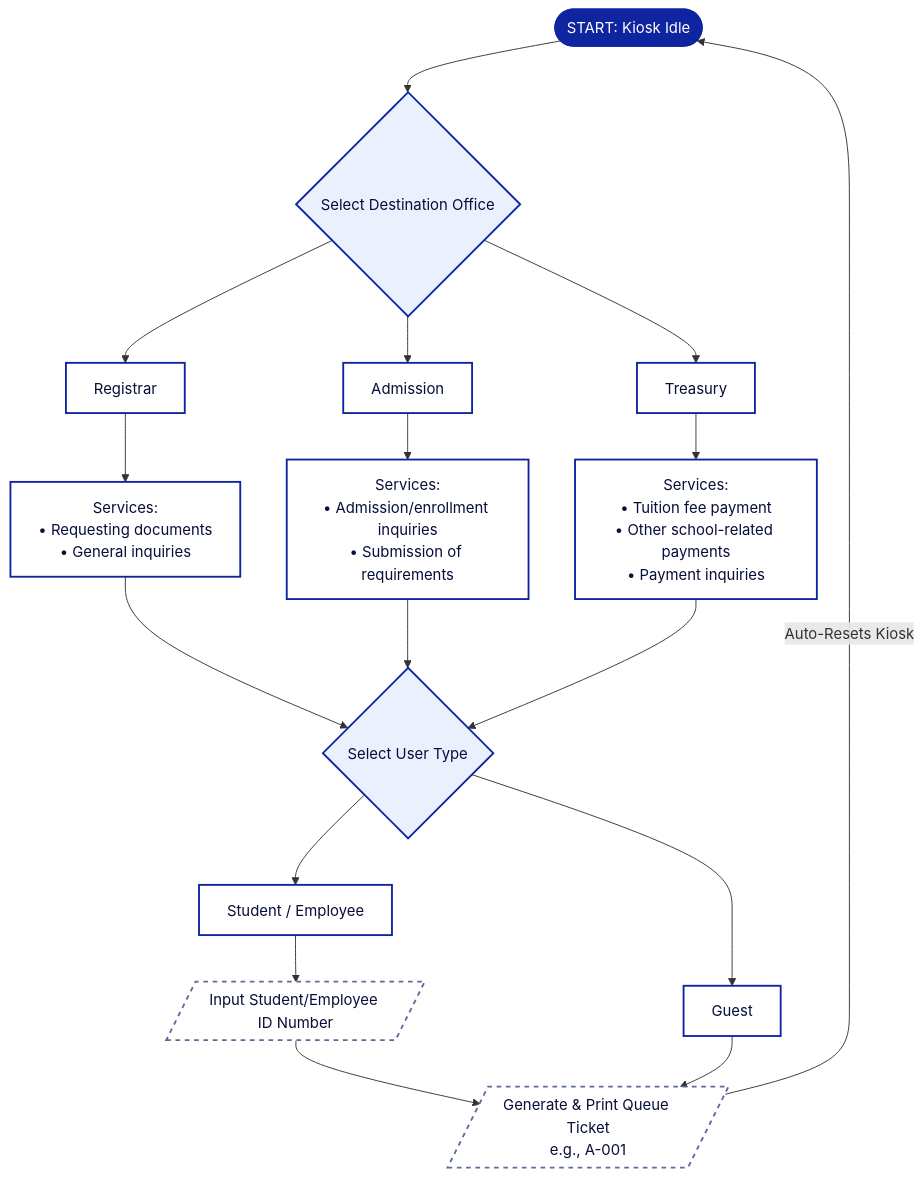
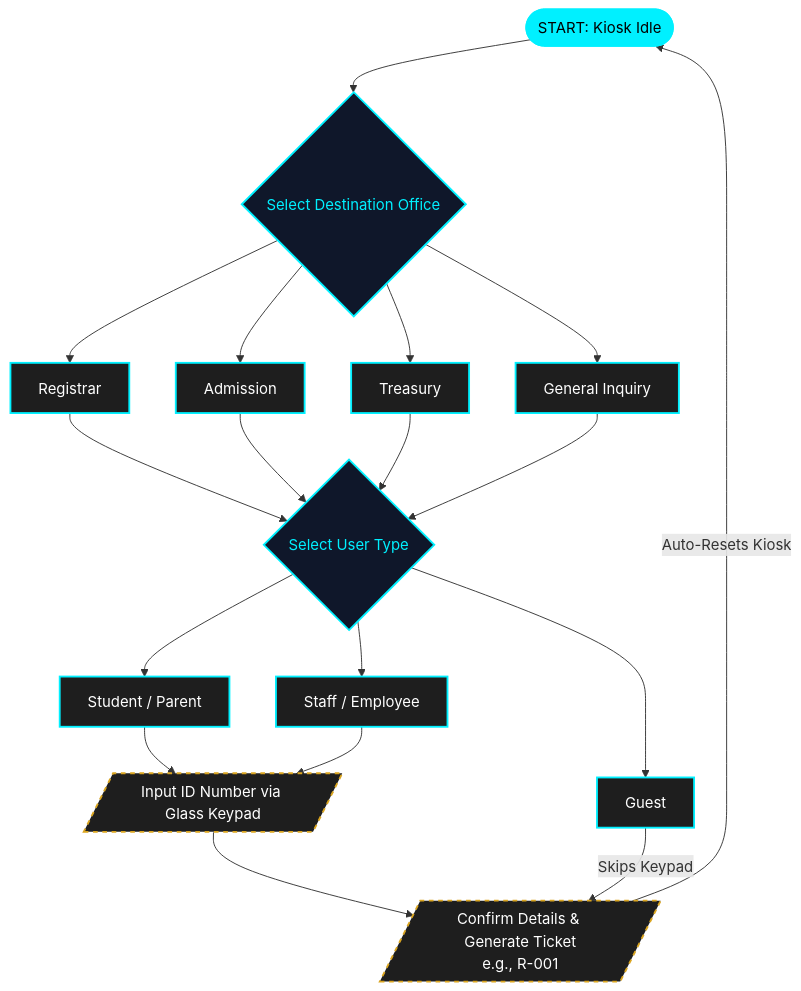
One commit to cymriccc/qhop-management-system changed the first of 2 diagrams in README.md. Above: the diagram before and after it, drawn with Mermaid. The commit also changed other lines of this file, not shown here.

````diff
--- a/README.md
+++ b/README.md
@@ -51,59 +61,56 @@
 ```mermaid
 flowchart TD
     %% Custom UI Color Palette Styling
-    classDef default fill:#FFFFFF,stroke:#0F25A0,stroke-width:2px,color:#070E38
-    classDef startEnd fill:#0F25A0,stroke:#0F25A0,stroke-width:2px,color:#FFFFFF
-    classDef decision fill:#EBF0FF,stroke:#0F25A0,stroke-width:2px,color:#070E38
-    classDef input fill:#FFFFFF,stroke:#5A6B9C,stroke-width:2px,stroke-dasharray: 5 5,color:#070E38
+    classDef default fill:#1E1E1E,stroke:#00F0FF,stroke-width:2px,color:#FFFFFF
+    classDef startEnd fill:#00F0FF,stroke:#00F0FF,stroke-width:2px,color:#000000
+    classDef decision fill:#0F172A,stroke:#00F0FF,stroke-width:2px,color:#00F0FF
+    classDef input fill:#1E1E1E,stroke:#DAA520,stroke-width:2px,stroke-dasharray: 5 5,color:#FFFFFF
     
     Start([START: Kiosk Idle]):::startEnd
     
     %% Main Menu
     Menu{Select Destination Office}:::decision
     Start --> Menu
     
     %% Offices
     Reg[Registrar]
     Adm[Admission]
     Treas[Treasury]
+    GenInq[General Inquiry]
     
     Menu --> Reg
     Menu --> Adm
     Menu --> Treas
+    Menu --> GenInq
     
-    %% Specific Services based on PDF Scope
-    RegServ[Services:<br>• Requesting documents<br>• General inquiries]
-    AdmServ[Services:<br>• Admission/enrollment inquiries<br>• Submission of requirements]
-    TreasServ[Services:<br>• Tuition fee payment<br>• Other school-related payments<br>• Payment inquiries]
-    
-    Reg --> RegServ
-    Adm --> AdmServ
-    Treas --> TreasServ
-    
-    %% Merging to User Type (Fixing the redundant columns)
+    %% Merging to User Type
     UserType{Select User Type}:::decision
     
-    RegServ --> UserType
-    AdmServ --> UserType
-    TreasServ --> UserType
+    Reg --> UserType
+    Adm --> UserType
+    Treas --> UserType
+    GenInq --> UserType
     
     %% User Category Logic
-    StudEmp[Student / Employee]
+    StudPar[Student / Parent]
+    StaffEmp[Staff / Employee]
     Guest[Guest]
     
-    UserType --> StudEmp
+    UserType --> StudPar
+    UserType --> StaffEmp
     UserType --> Guest
     
     %% ID Input Logic (Guests skip this)
-    InputID[/Input Student/Employee ID Number/]:::input
-    StudEmp --> InputID
+    InputID[/Input ID Number via Glass Keypad/]:::input
+    StudPar --> InputID
+    StaffEmp --> InputID
     
     %% Printing & Resetting
-    Print[/Generate & Print Queue Ticket<br>e.g., A-001/]:::input
+    Confirm[/Confirm Details & Generate Ticket<br>e.g., R-001/]:::input
     
-    InputID --> Print
-    Guest --> Print
+    InputID --> Confirm
+    Guest -->|Skips Keypad| Confirm
     
     %% Auto-reset back to the start for the next person
-    Print -->|Auto-Resets Kiosk| Start
+    Confirm -->|Auto-Resets Kiosk| Start
 ```
````
